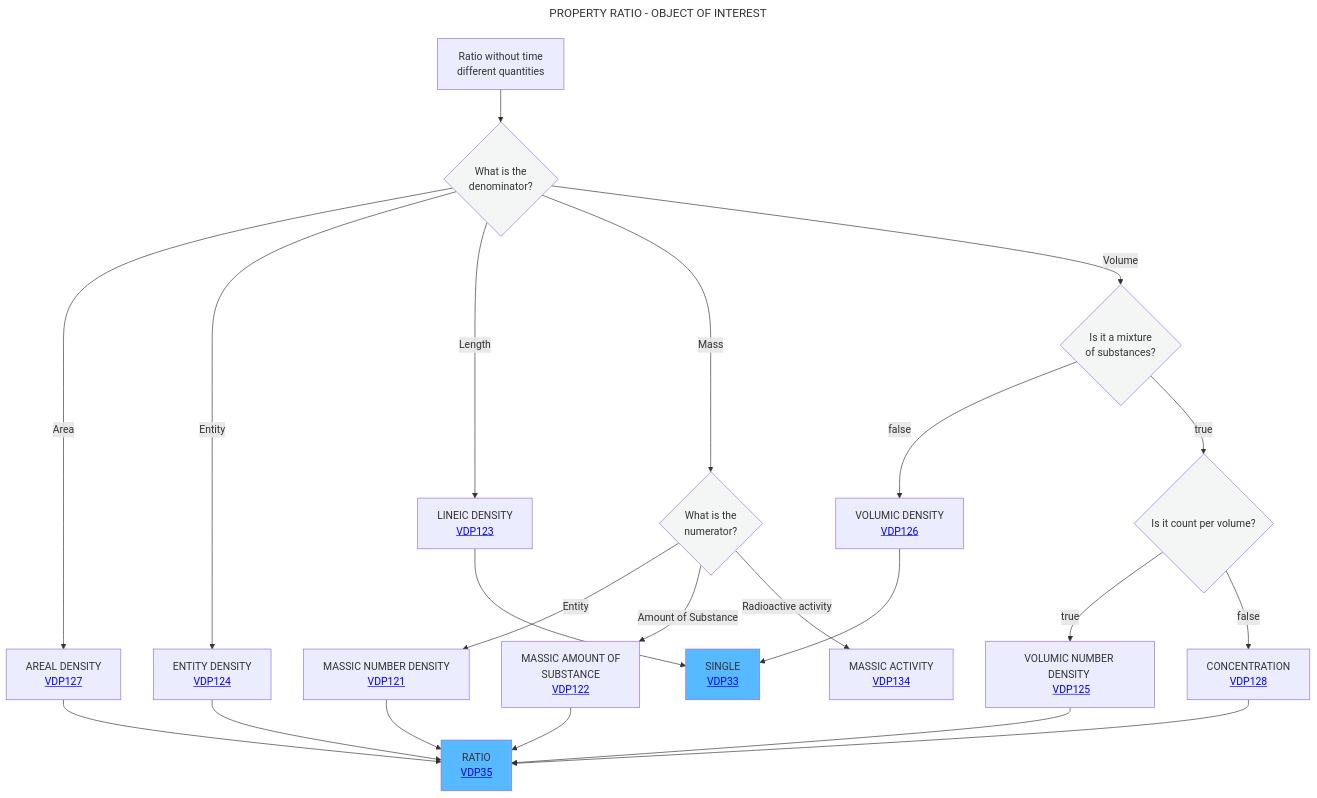
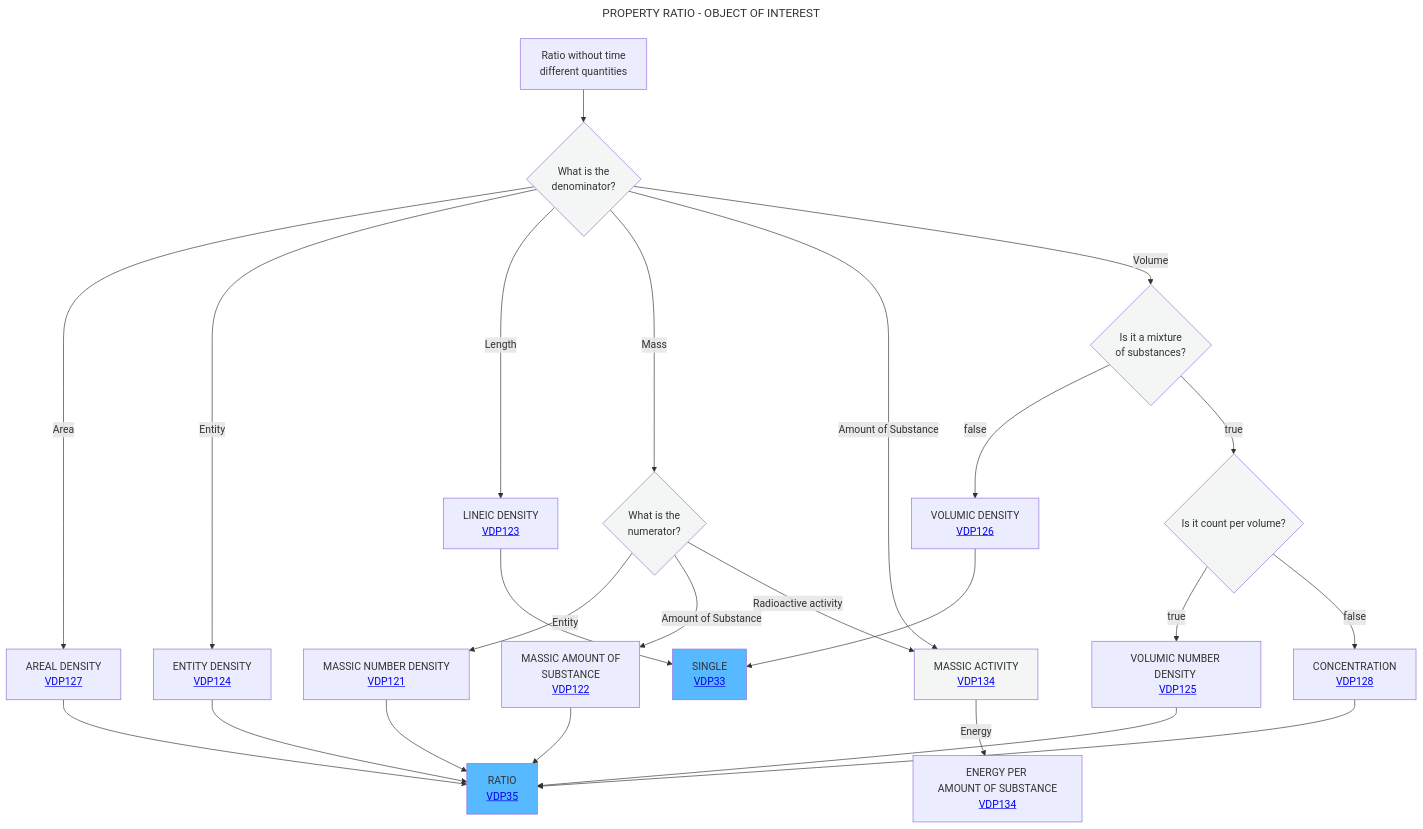
Before and after one commit to mabablue/I-ADOPT-patterns-playground: the diagram in Decisition_trees/DT5.mmd, drawn with Mermaid.

```diff
--- a/Decisition_trees/DT5.mmd
+++ b/Decisition_trees/DT5.mmd
@@ -1,29 +1,31 @@
 ---
 title: PROPERTY RATIO - OBJECT OF INTEREST
 ---
 flowchart TD
     A[Ratio without time <br> different quantities] --> B{What is the <br> denominator?}:::white
     B -- Area -->C[AREAL DENSITY <br> <a href='https://github.com/mabablue/I-ADOPT-patterns-playground/blob/main/pattern/VDP127.yaml'>VDP127</a>]
     B -- Entity -->F[ENTITY DENSITY <br> <a href='https://github.com/mabablue/I-ADOPT-patterns-playground/blob/main/pattern/VDP124.yaml'>VDP124</a>]
     B -- Length -->D[LINEIC DENSITY <br> <a href='https://github.com/mabablue/I-ADOPT-patterns-playground/blob/main/pattern/VDP123.yaml'>VDP123</a>]
     B -- Mass -->E{What is the <br> numerator?}:::white
+    B -- Amount of Substance --> Q{What is the <br> numerator?}:::white
     E -- Entity --> L[MASSIC NUMBER DENSITY <br> <a href='https://github.com/mabablue/I-ADOPT-patterns-playground/blob/main/pattern/VDP121.yaml'>VDP121</a>]
     E -- Amount of Substance --> P[MASSIC AMOUNT OF <br> SUBSTANCE <br> <a href='https://github.com/mabablue/I-ADOPT-patterns-playground/blob/main/pattern/VDP122.yaml'>VDP122</a>]
     E -- Radioactive activity --> Q[MASSIC ACTIVITY <br> <a href='https://github.com/mabablue/I-ADOPT-patterns-playground/blob/main/pattern/VDP134.yaml'>VDP134</a>]
     B -- Volume -->G{Is it a mixture <br> of substances?}:::white
     G --> |false|H[VOLUMIC DENSITY <br> <a href='https://github.com/mabablue/I-ADOPT-patterns-playground/blob/main/pattern/VDP126.yaml'>VDP126</a>]
     G--> |true|J{Is it count per volume?}:::white
     J --> |true|I[VOLUMIC NUMBER DENSITY <br> <a href='https://github.com/mabablue/I-ADOPT-patterns-playground/blob/main/pattern/VDP125.yaml'>VDP125</a>]
     J --> |false|M[CONCENTRATION <br> <a href='https://github.com/mabablue/I-ADOPT-patterns-playground/blob/main/pattern/VDP128.yaml'>VDP128</a>]
     I --> N
     C --> N[RATIO <br> <a href='https://github.com/mabablue/I-ADOPT-patterns-playground/blob/main/pattern/VDP35.yaml'>VDP35</a>]:::satblue
     F --> N
     D --> O[SINGLE <br> <a href='https://github.com/mabablue/I-ADOPT-patterns-playground/blob/main/pattern/VDP33.yaml'>VDP33</a>]:::satblue
+    Q -- Energy --> R[ENERGY PER <br> AMOUNT OF SUBSTANCE <a href='https://github.com/mabablue/I-ADOPT-patterns-playground/blob/main/pattern/VDP134.yaml'>VDP134</a>]
     H --> O
     L --> N
     P --> N
     M --> N
    classDef blue fill:#90D5FF
    classDef satblue fill:#57B9FF 
    classDef white fill:#f3f6f4
    classDef green fill:#6aa84f
```
